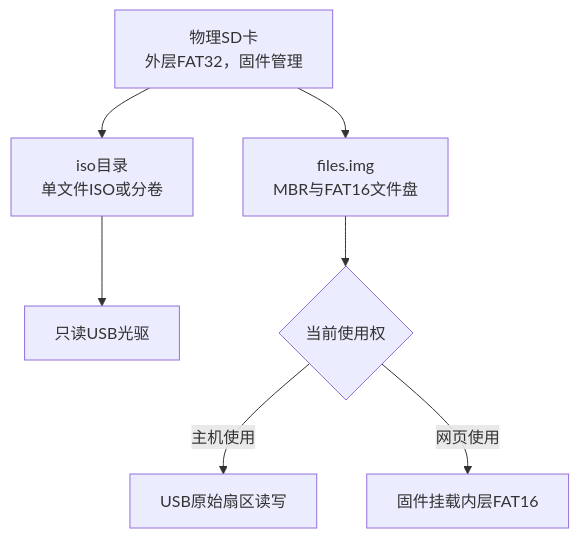
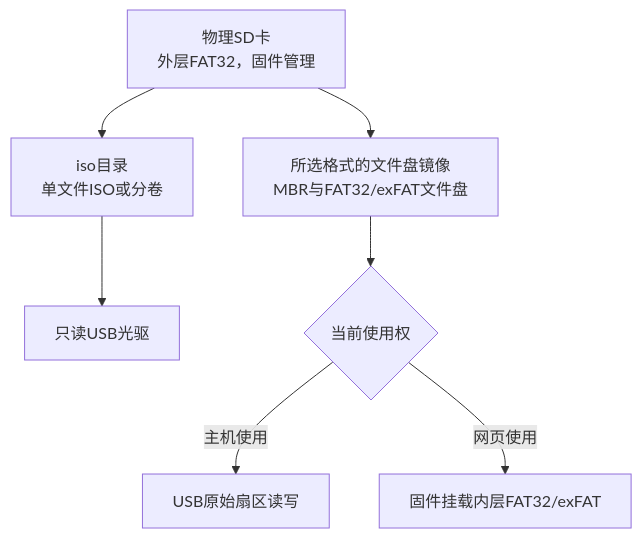
The diagram in docs/架构与协议.md (kevin249/esp32-s3-wifi2kbnboot), drawn with Mermaid before and after one commit. The commit also changed other lines of this file and 14 other files, not shown here.

````diff
--- a/docs/架构与协议.md
+++ b/docs/架构与协议.md
@@ -13,9 +13,9 @@
 ```mermaid
 flowchart TD
     A["物理SD卡<br/>外层FAT32，固件管理"] --> B["iso目录<br/>单文件ISO或分卷"]
-    A --> C["files.img<br/>MBR与FAT16文件盘"]
+    A --> C["所选格式的文件盘镜像<br/>MBR与FAT32/exFAT文件盘"]
     B --> D["只读USB光驱"]
     C --> E{"当前使用权"}
     E -->|主机使用| F["USB原始扇区读写"]
-    E -->|网页使用| G["固件挂载内层FAT16"]
+    E -->|网页使用| G["固件挂载内层FAT32/exFAT"]
 ```
````
